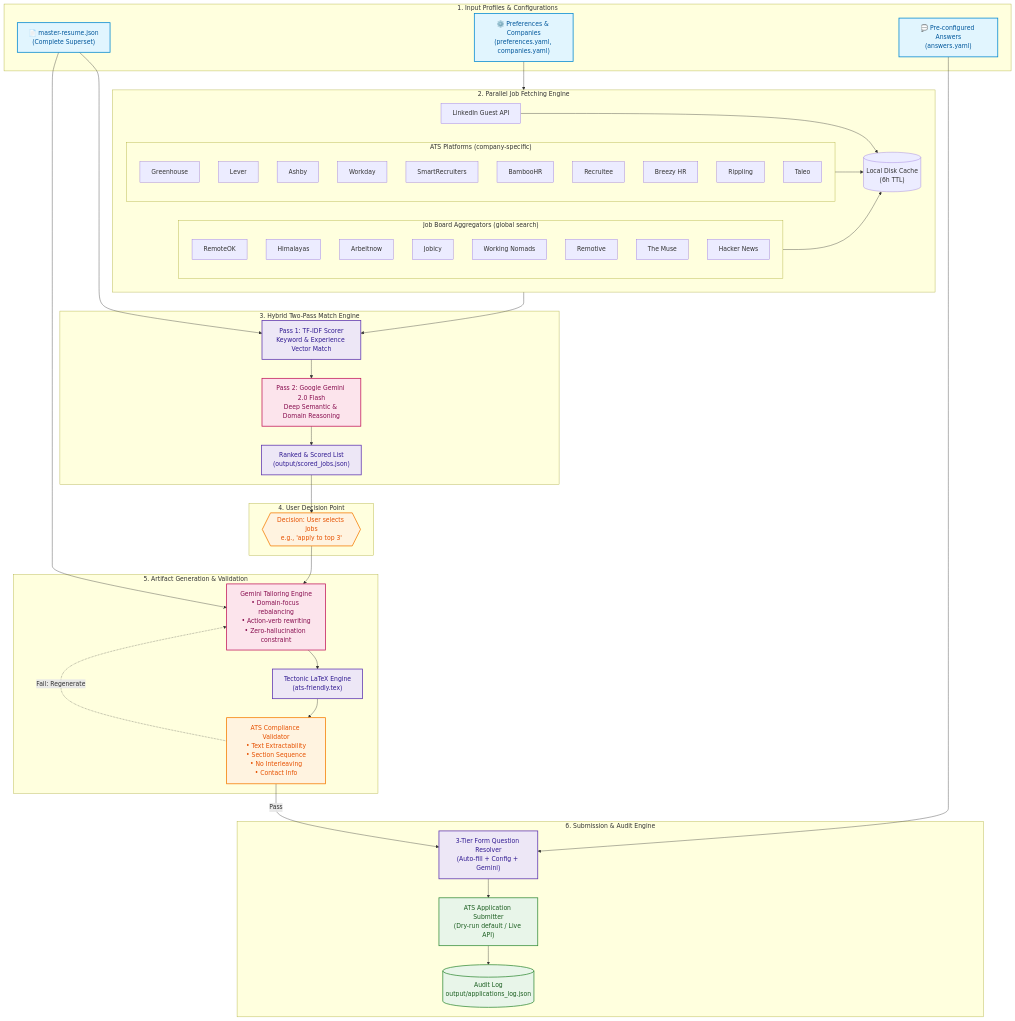
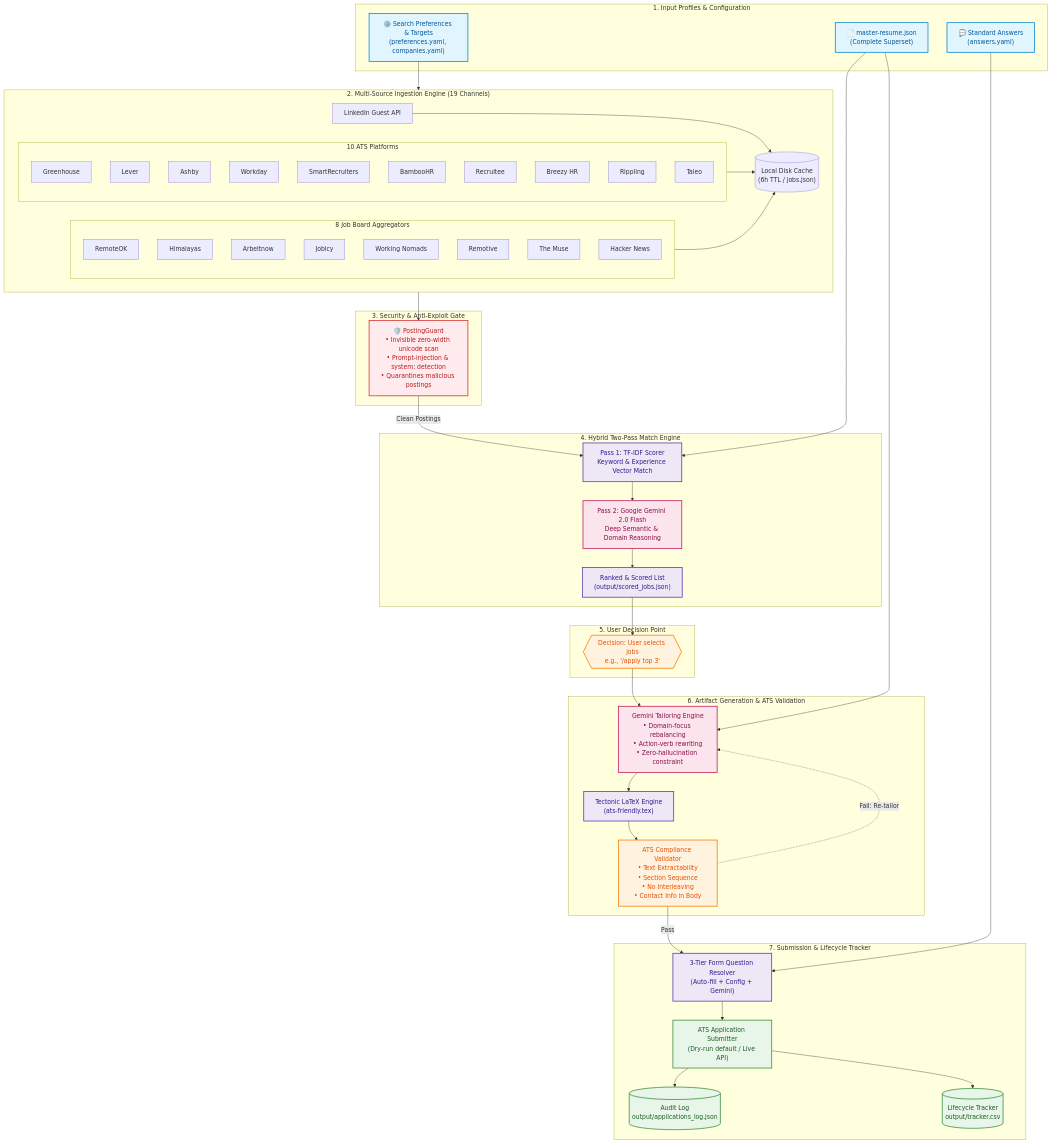
Before and after one commit to prasadrawas/ats-job-hunter: the first of 3 diagrams in README.md, drawn with Mermaid. The commit also changed other lines of this file and 1 other file, not shown here.

Commit message:
docs: overhaul README with 19 platforms, PostingGuard security gate, lifecycle state diagram, and tracker

````diff
--- a/README.md
+++ b/README.md
@@ -101,16 +111,17 @@
     classDef aiStyle fill:#fce4ec,stroke:#c2185b,stroke-width:2px,color:#880e4f;
     classDef outputStyle fill:#e8f5e9,stroke:#388e3c,stroke-width:2px,color:#1b5e20;
     classDef guardStyle fill:#fff3e0,stroke:#f57c00,stroke-width:2px,color:#e65100;
+    classDef securityStyle fill:#ffebee,stroke:#d32f2f,stroke-width:2px,color:#b71c1c;
 
-    subgraph Inputs [" 1. Input Profiles & Configurations "]
+    subgraph Inputs [" 1. Input Profiles & Configuration "]
         MR["📄 master-resume.json\n(Complete Superset)"]:::inputStyle
-        CFG["⚙️ Preferences & Companies\n(preferences.yaml, companies.yaml)"]:::inputStyle
-        ANS["💬 Pre-configured Answers\n(answers.yaml)"]:::inputStyle
+        CFG["⚙️ Search Preferences & Targets\n(preferences.yaml, companies.yaml)"]:::inputStyle
+        ANS["💬 Standard Answers\n(answers.yaml)"]:::inputStyle
     end
 
-    subgraph Fetcher [" 2. Parallel Job Fetching Engine "]
+    subgraph Sources [" 2. Multi-Source Ingestion Engine (19 Channels) "]
         direction LR
-        subgraph ATS ["ATS Platforms (company-specific)"]
+        subgraph ATSGroup [" 10 ATS Platforms "]
             GH["Greenhouse"]
             LV["Lever"]
             AB["Ashby"]
@@ -122,7 +133,7 @@
             RP["Rippling"]
             TL["Taleo"]
         end
-        subgraph Boards ["Job Board Aggregators (global search)"]
+        subgraph BoardGroup [" 8 Job Board Aggregators "]
             ROK["RemoteOK"]
             HIM["Himalayas"]
             ARB["Arbeitnow"]
@@ -133,40 +144,49 @@
             HN["Hacker News"]
         end
         LI["LinkedIn Guest API"]
-        CACHE[("Local Disk Cache\n(6h TTL)")]
+        CACHE[("Local Disk Cache\n(6h TTL / jobs.json)")]
     end
 
-    subgraph Scoring [" 3. Hybrid Two-Pass Match Engine "]
+    subgraph SecurityGate [" 3. Security & Anti-Exploit Gate "]
+        GUARD["🛡️ PostingGuard\n• Invisible zero-width unicode scan\n• Prompt-injection & system: detection\n• Quarantines malicious postings"]:::securityStyle
+    end
+
+    subgraph Matching [" 4. Hybrid Two-Pass Match Engine "]
         P1["Pass 1: TF-IDF Scorer\nKeyword & Experience Vector Match"]:::processStyle
         P2["Pass 2: Google Gemini 2.0 Flash\nDeep Semantic & Domain Reasoning"]:::aiStyle
         RANK["Ranked & Scored List\n(output/scored_jobs.json)"]:::processStyle
     end
 
-    subgraph Decision [" 4. User Decision Point "]
-        DEC{{"Decision: User selects jobs\ne.g., 'apply to top 3'"}}:::guardStyle
+    subgraph Decision [" 5. User Decision Point "]
+        DEC{{"Decision: User selects jobs\ne.g., '/apply top 3'"}}:::guardStyle
     end
 
-    subgraph Tailoring [" 5. Artifact Generation & Validation "]
+    subgraph Tailoring [" 6. Artifact Generation & ATS Validation "]
         TAILOR["Gemini Tailoring Engine\n• Domain-focus rebalancing\n• Action-verb rewriting\n• Zero-hallucination constraint"]:::aiStyle
         LATEX["Tectonic LaTeX Engine\n(ats-friendly.tex)"]:::processStyle
-        VAL["ATS Compliance Validator\n• Text Extractability\n• Section Sequence\n• No Interleaving\n• Contact Info"]:::guardStyle
+        VAL["ATS Compliance Validator\n• Text Extractability\n• Section Sequence\n• No Interleaving\n• Contact Info in Body"]:::guardStyle
     end
 
-    subgraph Submitter [" 6. Submission & Audit Engine "]
+    subgraph Submitter [" 7. Submission & Lifecycle Tracker "]
         QANS["3-Tier Form Question Resolver\n(Auto-fill + Config + Gemini)"]:::processStyle
         SUBMIT["ATS Application Submitter\n(Dry-run default / Live API)"]:::outputStyle
-        LOG[("Audit Log\noutput/applications_log.json")]:::outputStyle
+        AUDIT[("Audit Log\noutput/applications_log.json")]:::outputStyle
+        TRK[("Lifecycle Tracker\noutput/tracker.csv")]:::outputStyle
     end
 
+    CFG --> Sources
+    ATSGroup & BoardGroup & LI --> CACHE
+    CACHE --> GUARD
+    GUARD -->|Clean Postings| P1
     MR --> P1
-    CFG --> Fetcher
-    ATS & Boards & LI --> CACHE --> P1
     P1 --> P2 --> RANK --> DEC
     DEC --> TAILOR
     MR --> TAILOR
     TAILOR --> LATEX --> VAL
     VAL -->|Pass| QANS
-    VAL -.->|Fail: Regenerate| TAILOR
+    VAL -.->|Fail: Re-tailor| TAILOR
     ANS --> QANS
-    QANS --> SUBMIT --> LOG
+    QANS --> SUBMIT
+    SUBMIT --> AUDIT
+    SUBMIT --> TRK
 ```
````
